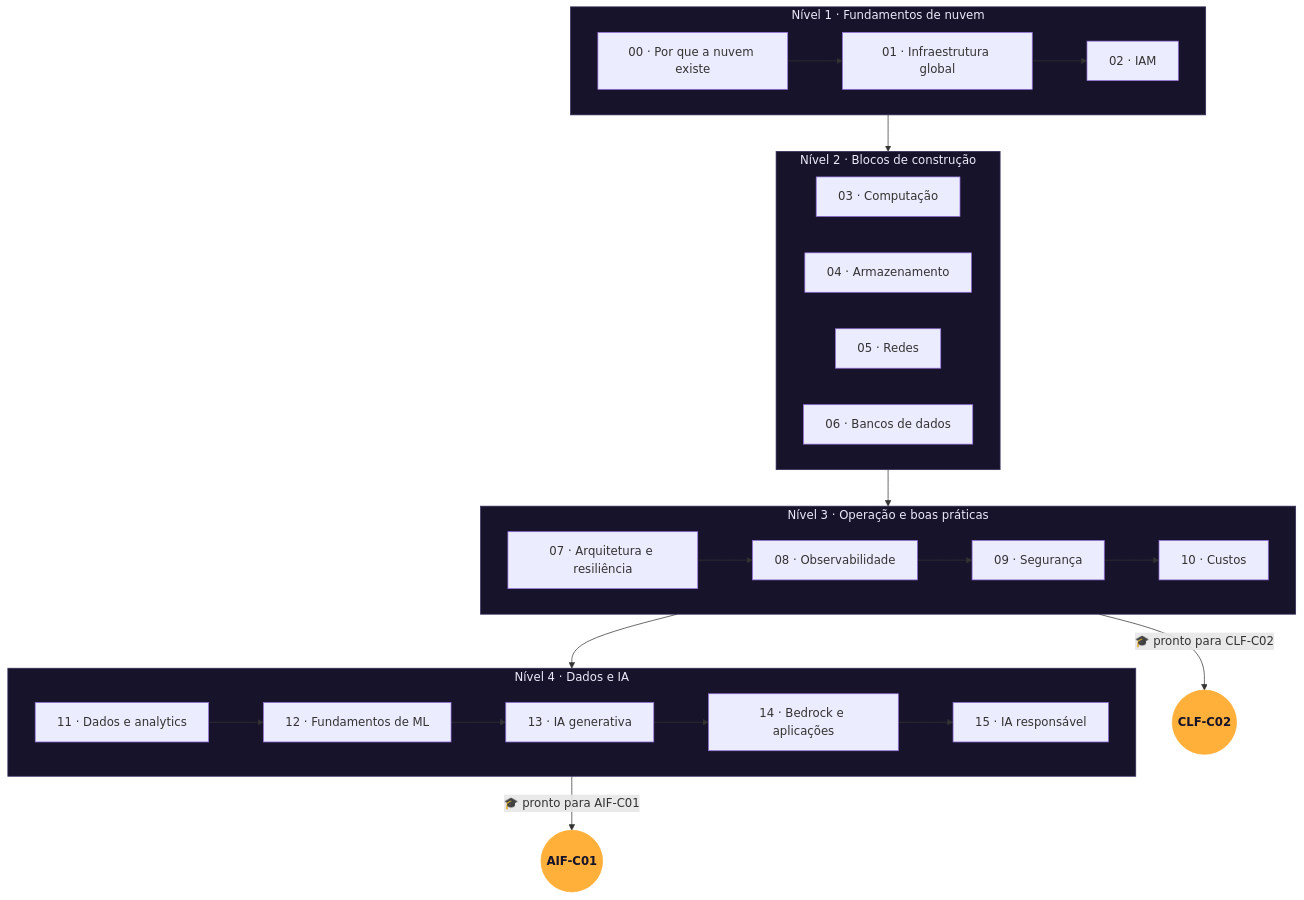
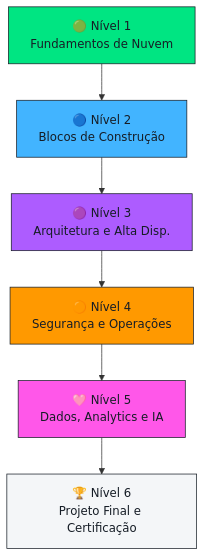
Before and after one commit to melissaalves-stack/awscloudfoundations: the diagram in README.md, drawn with Mermaid. The commit also changed other lines of this file and 72 other files, not shown here.

````diff
--- a/README.md
+++ b/README.md
@@ -72,28 +35,15 @@
 ```mermaid
 flowchart TD
-    subgraph N1["Nível 1 · Fundamentos de nuvem"]
-        M00["00 · Por que a nuvem existe"] --> M01["01 · Infraestrutura global"] --> M02["02 · IAM"]
-    end
-    subgraph N2["Nível 2 · Blocos de construção"]
-        M03["03 · Computação"]
-        M04["04 · Armazenamento"]
-        M05["05 · Redes"]
-        M06["06 · Bancos de dados"]
-    end
-    subgraph N3["Nível 3 · Operação e boas práticas"]
-        M07["07 · Arquitetura e resiliência"] --> M08["08 · Observabilidade"] --> M09["09 · Segurança"] --> M10["10 · Custos"]
-    end
-    subgraph N4["Nível 4 · Dados e IA"]
-        M11["11 · Dados e analytics"] --> M12["12 · Fundamentos de ML"] --> M13["13 · IA generativa"] --> M14["14 · Bedrock e aplicações"] --> M15["15 · IA responsável"]
-    end
+    N1["🟢 Nível 1<br/>Fundamentos de Nuvem"] --> N2["🔵 Nível 2<br/>Blocos de Construção"]
+    N2 --> N3["🟣 Nível 3<br/>Arquitetura e Alta Disp."]
+    N3 --> N4["🟠 Nível 4<br/>Segurança e Operações"]
+    N4 --> N5["🩷 Nível 5<br/>Dados, Analytics e IA"]
+    N5 --> N6["🏆 Nível 6<br/>Projeto Final e Certificação"]
 
-    N1 --> N2 --> N3
-    N3 -- "🎓 pronto para CLF-C02" --> CLF(("CLF-C02"))
-    N3 --> N4
-    N4 -- "🎓 pronto para AIF-C01" --> AIF(("AIF-C01"))
-
-    classDef nivel fill:#16132A,stroke:#352F5C,color:#EDE9FA
-    classDef marco fill:#FFB03A,stroke:#FFB03A,color:#16132A,font-weight:bold
-    class N1,N2,N3,N4 nivel
-    class CLF,AIF marco
+    style N1 fill:#00E582,stroke:#161D26,color:#161D26
+    style N2 fill:#42B4FF,stroke:#161D26,color:#161D26
+    style N3 fill:#AD5CFF,stroke:#161D26,color:#161D26
+    style N4 fill:#FF9900,stroke:#161D26,color:#161D26
+    style N5 fill:#FF57E9,stroke:#161D26,color:#161D26
+    style N6 fill:#F4F6F8,stroke:#161D26,color:#161D26
 ```
````
